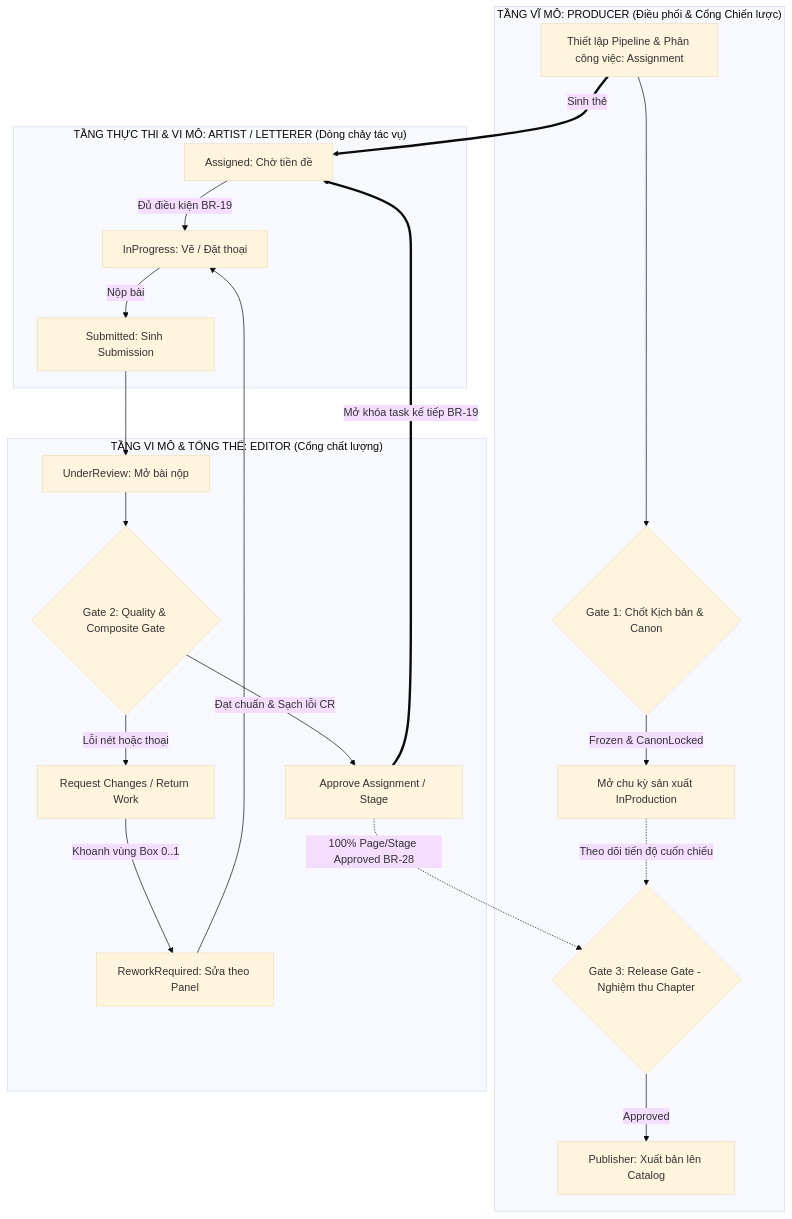
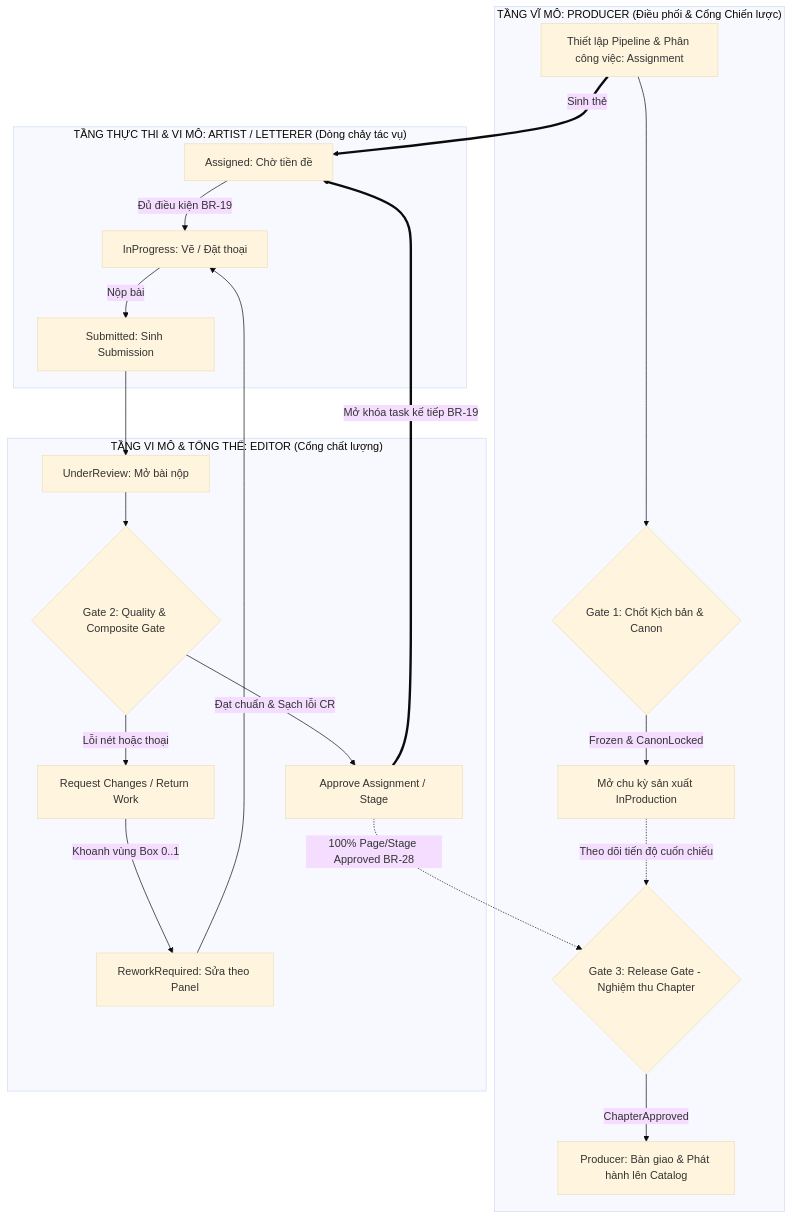
One commit to tkiennt/panelforge-hubs changed the first of 3 diagrams in docs/standards/PanelForge_Review_and_Assignment_Cross_Audit_Report.md. Above: the diagram before and after it, drawn with Mermaid (base theme). The commit also changed other lines of this file and 19 other files, not shown here.

Commit message:
docs(ssot): align all specifications, standards, architecture, and plans with V2.6 Final

````diff
--- a/docs/standards/PanelForge_Review_and_Assignment_Cross_Audit_Report.md
+++ b/docs/standards/PanelForge_Review_and_Assignment_Cross_Audit_Report.md
@@ -19,27 +19,27 @@
 ```mermaid
 flowchart TD
     subgraph MacroGovernance ["TẦNG VĨ MÔ: PRODUCER (Điều phối & Cổng Chiến lược)"]
         P1[Thiết lập Pipeline & Phân công việc: Assignment] --> P2{Gate 1: Chốt Kịch bản & Canon}
         P2 -->|Frozen & CanonLocked| P3[Mở chu kỳ sản xuất InProduction]
         P3 -.->|Theo dõi tiến độ cuốn chiếu| P4{Gate 3: Release Gate - Nghiệm thu Chapter}
-        P4 -->|Approved| P5[Publisher: Xuất bản lên Catalog]
+        P4 -->|ChapterApproved| P5[Producer: Bàn giao & Phát hành lên Catalog]
     end
 
     subgraph MicroPipelining ["TẦNG THỰC THI & VI MÔ: ARTIST / LETTERER (Dòng chảy tác vụ)"]
         A1[Assigned: Chờ tiền đề] -->|Đủ điều kiện BR-19| A2[InProgress: Vẽ / Đặt thoại]
         A2 -->|Nộp bài| A3[Submitted: Sinh Submission]
     end
 
     subgraph QualityControl ["TẦNG VI MÔ & TỔNG THỂ: EDITOR (Cổng chất lượng)"]
         A3 --> E1[UnderReview: Mở bài nộp]
         E1 --> E2{Gate 2: Quality & Composite Gate}
         E2 -->|Đạt chuẩn & Sạch lỗi CR| E3[Approve Assignment / Stage]
         E2 -->|Lỗi nét hoặc thoại| E4[Request Changes / Return Work]
         E4 -->|Khoanh vùng Box 0..1| A4[ReworkRequired: Sửa theo Panel]
         A4 --> A2
     end
 
     P1 ==>|Sinh thẻ| A1
     E3 ==>|Mở khóa task kế tiếp BR-19| A1
     E3 -.->|100% Page/Stage Approved BR-28| P4
 ```
````
